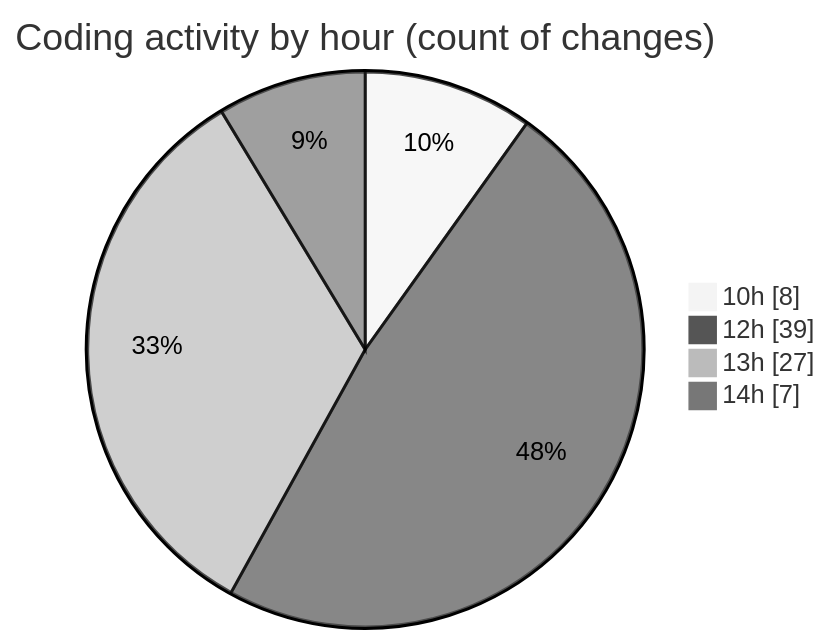
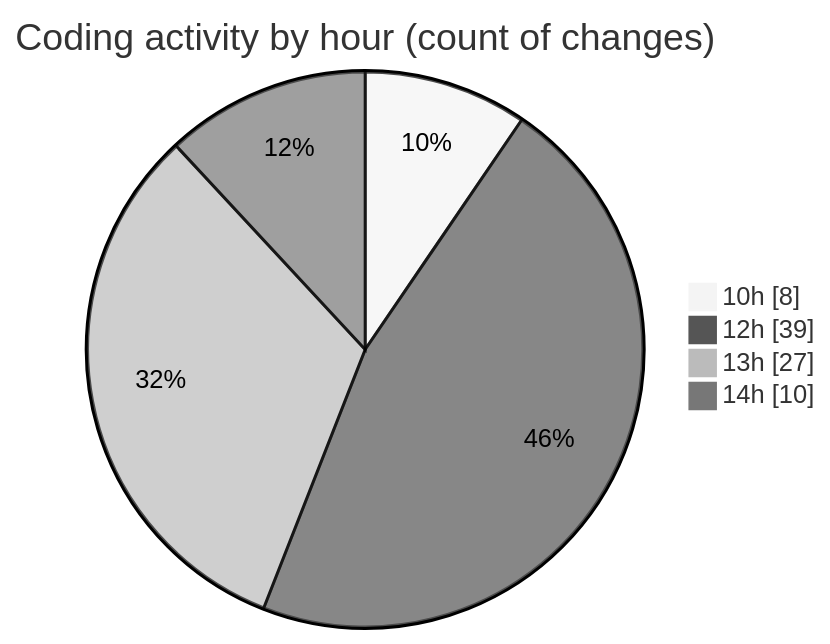
The second of 2 diagrams in 2025-05-02/cda/README.md (momahboobian/code-tracking), drawn with Mermaid (neutral theme) before and after one commit. The commit also changed other lines of this file and 1 other file, not shown here.

````diff
--- a/2025-05-02/cda/README.md
+++ b/2025-05-02/cda/README.md
@@ -40,8 +40,8 @@
 ```mermaid
 pie showData
 title Coding activity by hour (count of changes)
 "10h" : 8
 "12h" : 39
 "13h" : 27
-"14h" : 7
+"14h" : 10
 ```
````
